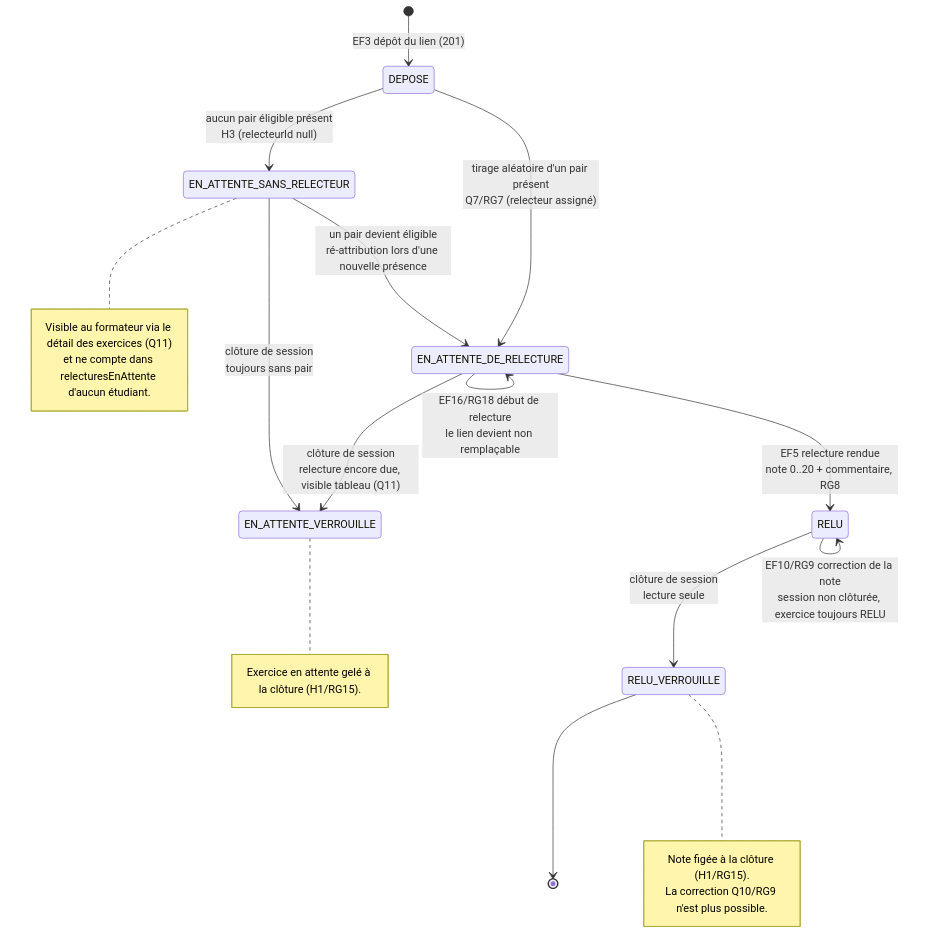
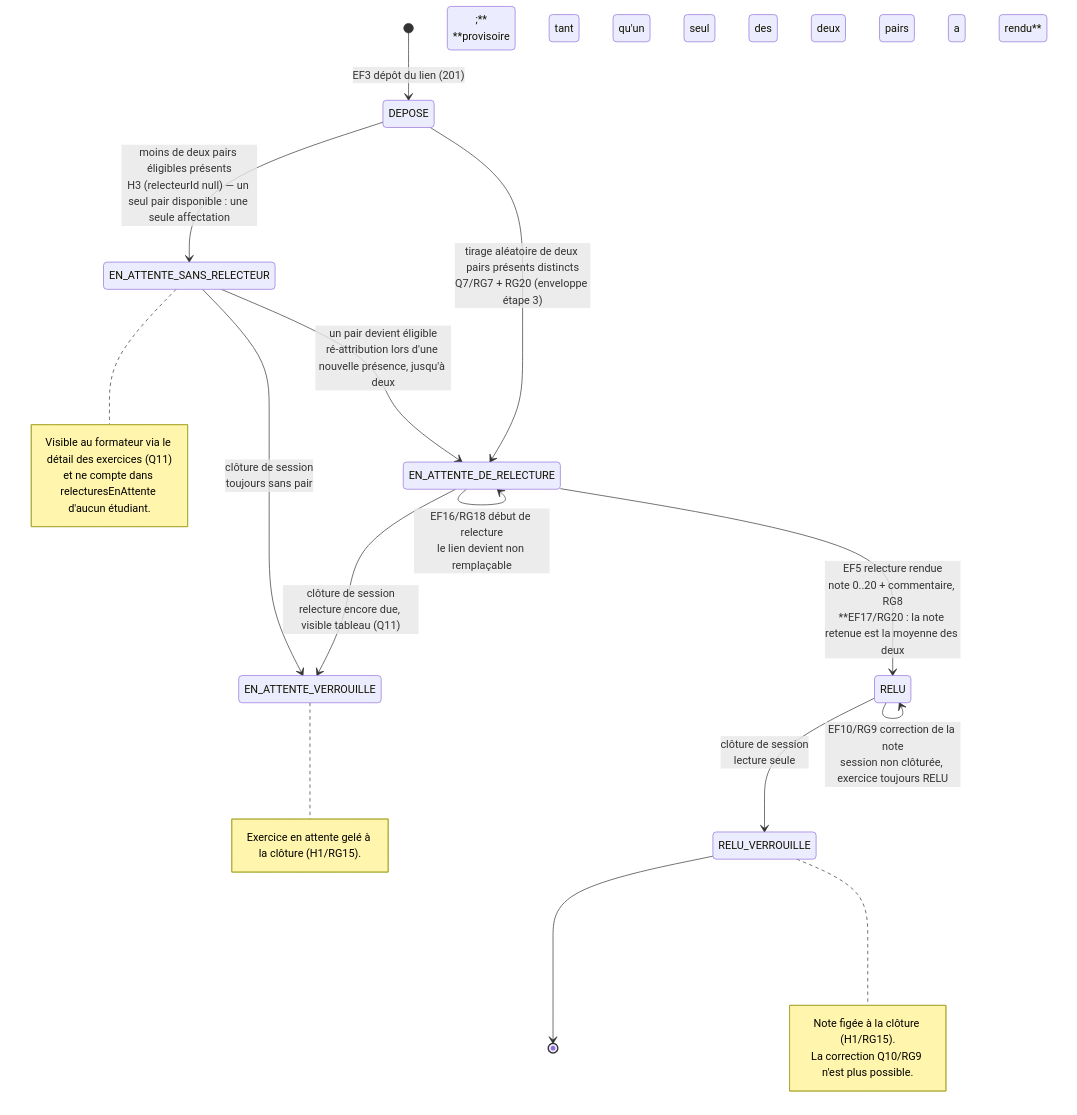
One commit to suner-dev/kfokam48-epreuve-221 changed the diagram in docs/diagrammes/D4-etats-transitions-exercice.md. Above: the diagram before and after it, drawn with Mermaid. The commit also changed other lines of this file and 2 other files, not shown here.

````diff
--- a/docs/diagrammes/D4-etats-transitions-exercice.md
+++ b/docs/diagrammes/D4-etats-transitions-exercice.md
@@ -8,32 +8,32 @@
 ```mermaid
 stateDiagram-v2
     [*] --> DEPOSE : EF3 dépôt du lien (201)
 
-    DEPOSE --> EN_ATTENTE_DE_RELECTURE : tirage aléatoire d'un pair présent<br/>Q7/RG7 (relecteur assigné)
-    DEPOSE --> EN_ATTENTE_SANS_RELECTEUR : aucun pair éligible présent<br/>H3 (relecteurId null)
-    EN_ATTENTE_SANS_RELECTEUR --> EN_ATTENTE_DE_RELECTURE : un pair devient éligible<br/>ré-attribution lors d'une nouvelle présence
+    DEPOSE --> EN_ATTENTE_DE_RELECTURE : tirage aléatoire de deux pairs présents distincts<br/>Q7/RG7 + RG20 (enveloppe étape 3)
+    DEPOSE --> EN_ATTENTE_SANS_RELECTEUR : moins de deux pairs éligibles présents<br/>H3 (relecteurId null) — un seul pair disponible : une seule affectation
+    EN_ATTENTE_SANS_RELECTEUR --> EN_ATTENTE_DE_RELECTURE : un pair devient éligible<br/>ré-attribution lors d'une nouvelle présence, jusqu'à deux
 
     EN_ATTENTE_DE_RELECTURE --> EN_ATTENTE_DE_RELECTURE : EF9/RG12 remplacement du lien<br/>tant que commenceeAt est null
     EN_ATTENTE_DE_RELECTURE --> EN_ATTENTE_DE_RELECTURE : EF16/RG18 début de relecture<br/>le lien devient non remplaçable
-    EN_ATTENTE_DE_RELECTURE --> RELU : EF5 relecture rendue<br/>note 0..20 + commentaire, RG8
+    EN_ATTENTE_DE_RELECTURE --> RELU : EF5 relecture rendue<br/>note 0..20 + commentaire, RG8<br/>**EF17/RG20 : la note retenue est la moyenne des deux ;**<br/>**provisoire tant qu'un seul des deux pairs a rendu**
 
     RELU --> RELU : EF10/RG9 correction de la note<br/>session non clôturée, exercice toujours RELU
     RELU --> RELU_VERROUILLE : clôture de session<br/>lecture seule
 
     EN_ATTENTE_DE_RELECTURE --> EN_ATTENTE_VERROUILLE : clôture de session<br/>relecture encore due, visible tableau (Q11)
     EN_ATTENTE_SANS_RELECTEUR --> EN_ATTENTE_VERROUILLE : clôture de session<br/>toujours sans pair
 
     RELU_VERROUILLE --> [*]
 
     note right of EN_ATTENTE_SANS_RELECTEUR
         Visible au formateur via le détail des exercices (Q11)
         et ne compte dans relecturesEnAttente d'aucun étudiant.
     end note
     note right of EN_ATTENTE_VERROUILLE
         Exercice en attente gelé à la clôture (H1/RG15).
     end note
     note right of RELU_VERROUILLE
         Note figée à la clôture (H1/RG15).
         La correction Q10/RG9 n'est plus possible.
     end note
 ```
````
